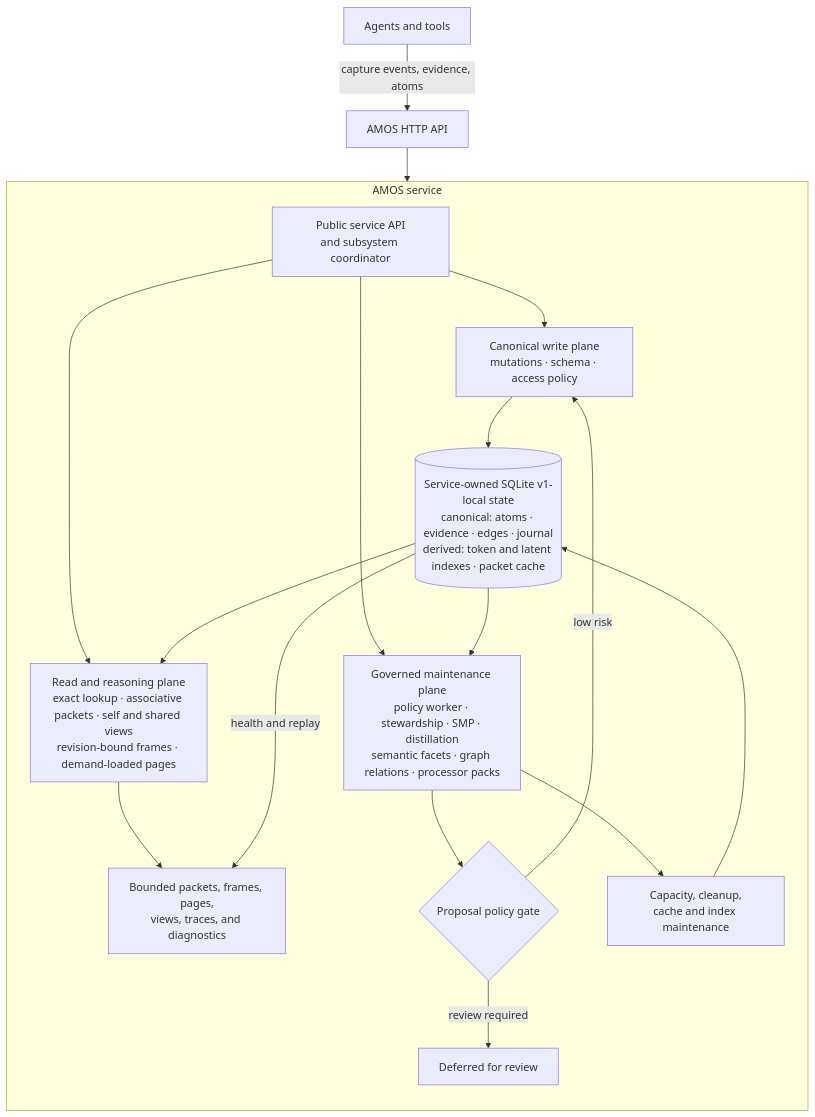
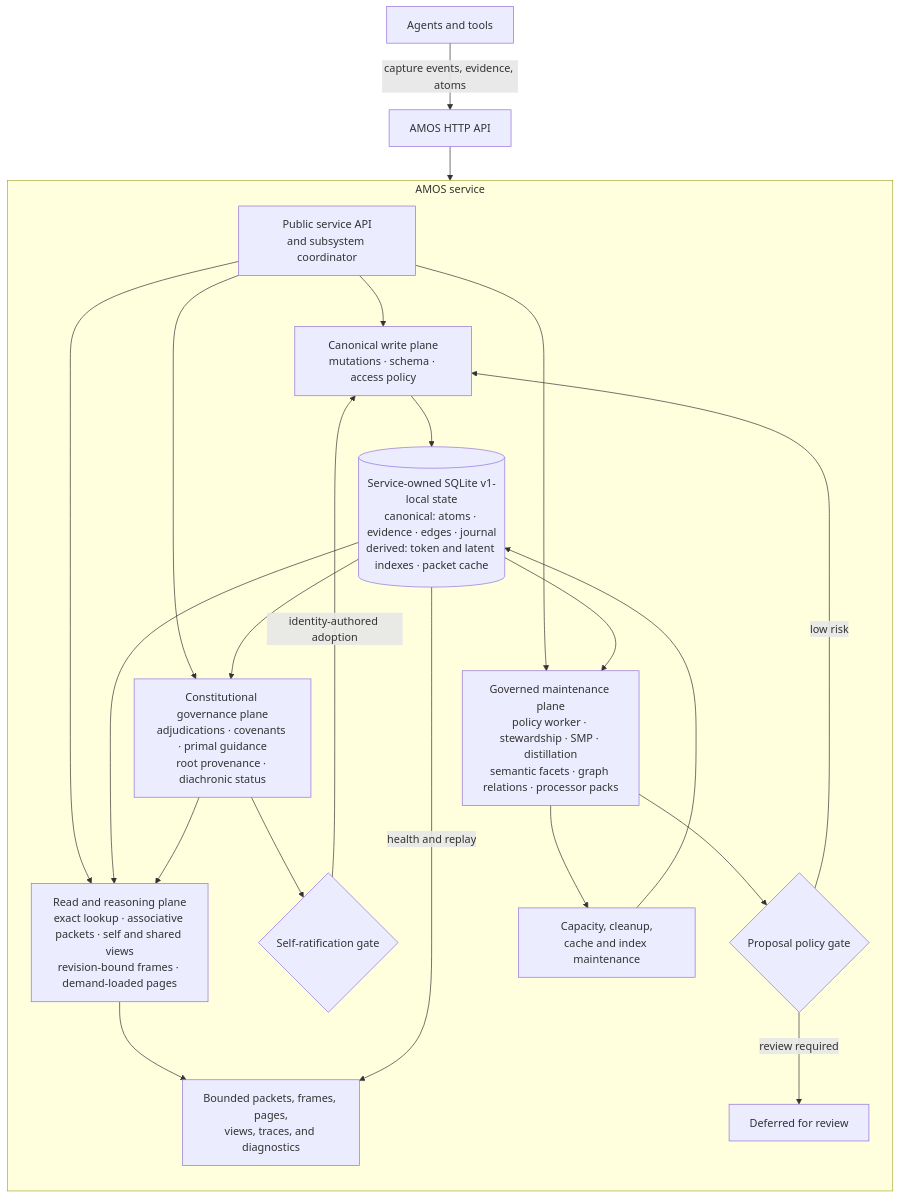
The diagram in README.md (adegany/amos), drawn with Mermaid before and after one commit. The commit also changed other lines of this file and 36 other files, not shown here.

````diff
--- a/README.md
+++ b/README.md
@@ -23,29 +23,35 @@
 ```mermaid
 flowchart TB
     A[Agents and tools] -->|capture events, evidence, atoms| H[AMOS HTTP API]
     H --> F
 
     subgraph AMOS[AMOS service]
         direction TB
         F[Public service API<br/>and subsystem coordinator]
         W[Canonical write plane<br/>mutations · schema · access policy]
         S[(Service-owned SQLite v1-local state<br/>canonical: atoms · evidence · edges · journal<br/>derived: token and latent indexes · packet cache)]
         R[Read and reasoning plane<br/>exact lookup · associative packets · self and shared views<br/>revision-bound frames · demand-loaded pages]
         O[Bounded packets, frames, pages,<br/>views, traces, and diagnostics]
         M[Governed maintenance plane<br/>policy worker · stewardship · SMP · distillation<br/>semantic facets · graph relations · processor packs]
         G{Proposal policy gate}
+        K[Constitutional governance plane<br/>adjudications · covenants · primal guidance<br/>root provenance · diachronic status]
+        Q{Self-ratification gate}
         D[Deferred for review]
         C[Capacity, cleanup,<br/>cache and index maintenance]
 
         F --> W --> S
         F --> R
         S --> R --> O
         F --> M
+        F --> K
+        S --> K --> Q
+        Q -->|identity-authored adoption| W
+        K --> R
         S --> M --> G
         G -->|low risk| W
         G -->|review required| D
         M --> C --> S
         S -->|health and replay| O
     end
 
 ```
````
